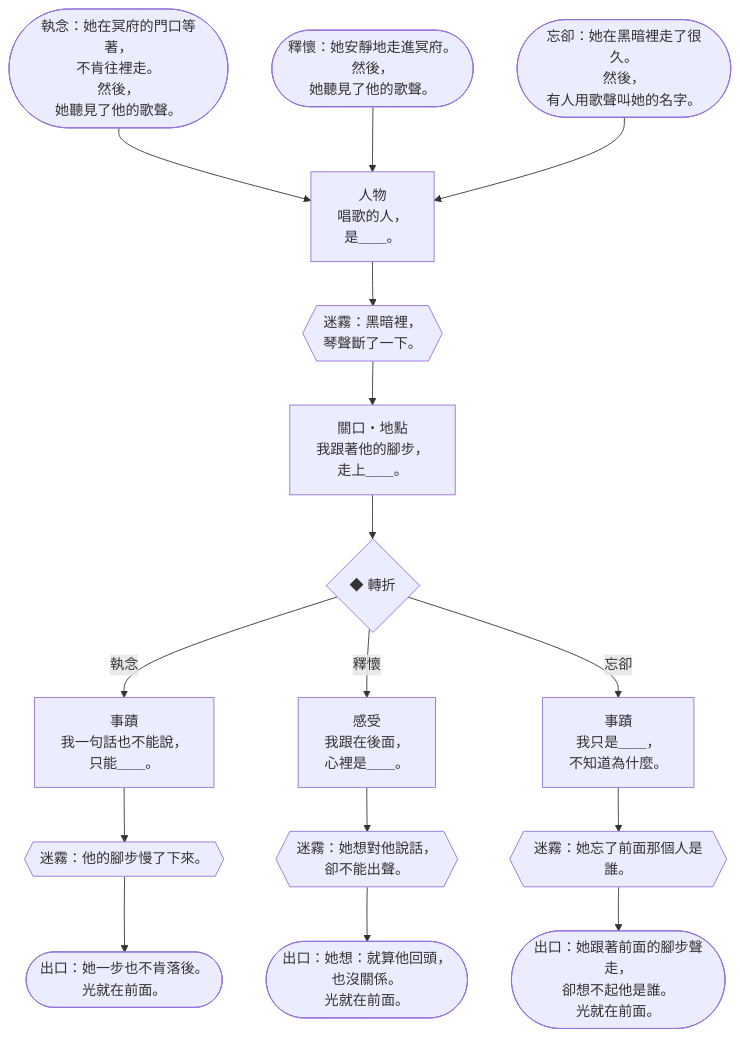
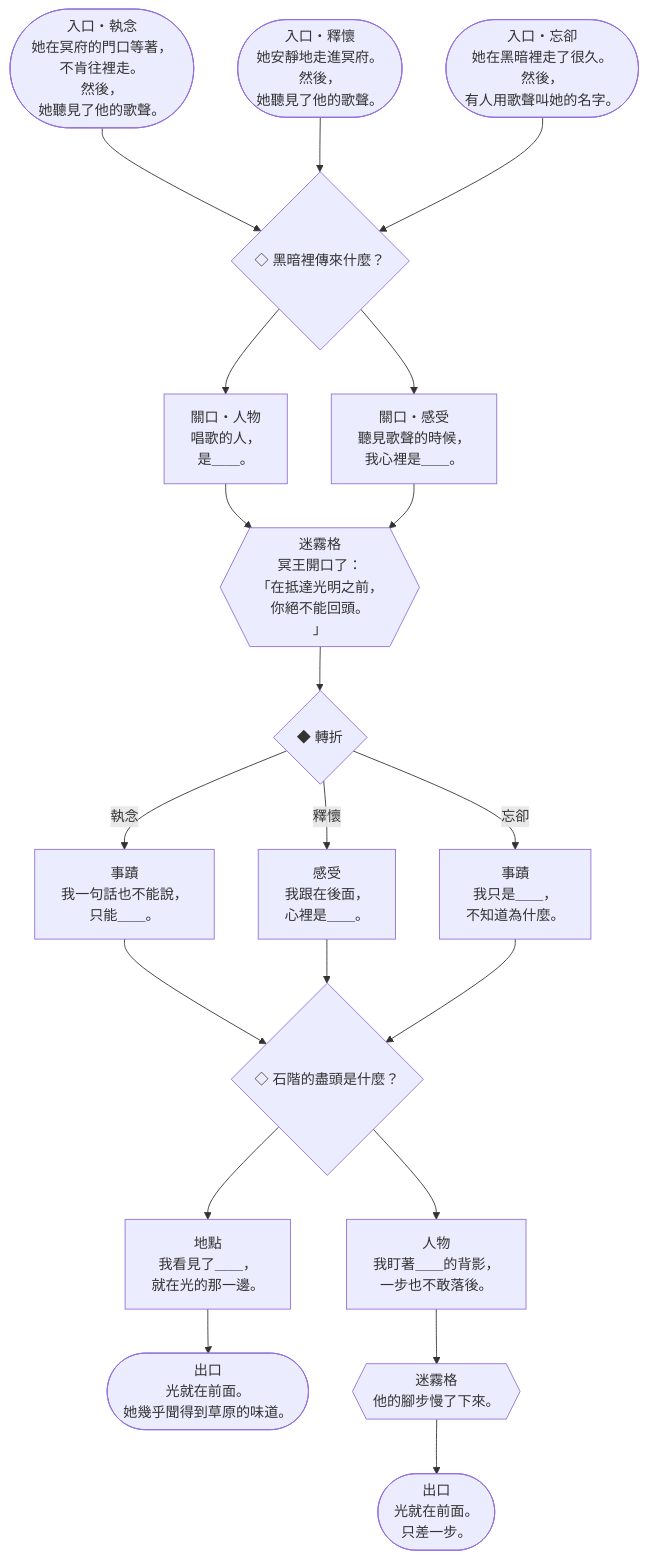
Before and after one commit to Ralph-Liu-Hub/Boardgame-Netherbloom: diagram 11 of 15 in docs/design/V5-storybooks.zh-TW.md, drawn with Mermaid. The commit also changed other lines of this file, not shown here.

````diff
--- a/docs/design/V5-storybooks.zh-TW.md
+++ b/docs/design/V5-storybooks.zh-TW.md
@@ -677,11 +914,36 @@
 ```mermaid
 flowchart TD
-  c1E0(["執念：她在冥府的門口等著，<br>不肯往裡走。<br>然後，<br>她聽見了他的歌聲。"]) --> c1A
-  c1E1(["釋懷：她安靜地走進冥府。<br>然後，<br>她聽見了他的歌聲。"]) --> c1A
-  c1E2(["忘卻：她在黑暗裡走了很久。<br>然後，<br>有人用歌聲叫她的名字。"]) --> c1A
-  c1A["人物<br>唱歌的人，<br>是＿＿。"] --> c1M{{"迷霧：黑暗裡，<br>琴聲斷了一下。"}}
-  c1M --> c1B["關口・地點<br>我跟著他的腳步，<br>走上＿＿。"] --> c1T{"◆ 轉折"}
-  c1T -- 執念 --> c1C0["事蹟<br>我一句話也不能說，<br>只能＿＿。"] --> c1X0{{"迷霧：他的腳步慢了下來。"}} --> c1O0(["出口：她一步也不肯落後。<br>光就在前面。"])
-  c1T -- 釋懷 --> c1C1["感受<br>我跟在後面，<br>心裡是＿＿。"] --> c1X1{{"迷霧：她想對他說話，<br>卻不能出聲。"}} --> c1O1(["出口：她想：就算他回頭，<br>也沒關係。<br>光就在前面。"])
-  c1T -- 忘卻 --> c1C2["事蹟<br>我只是＿＿，<br>不知道為什麼。"] --> c1X2{{"迷霧：她忘了前面那個人是誰。"}} --> c1O2(["出口：她跟著前面的腳步聲走，<br>卻想不起他是誰。<br>光就在前面。"])
+  c1E0(["入口・執念<br>她在冥府的門口等著，<br>不肯往裡走。<br>然後，<br>她聽見了他的歌聲。"]) --> c1p1
+  c1E1(["入口・釋懷<br>她安靜地走進冥府。<br>然後，<br>她聽見了他的歌聲。"]) --> c1p1
+  c1E2(["入口・忘卻<br>她在黑暗裡走了很久。<br>然後，<br>有人用歌聲叫她的名字。"]) --> c1p1
+  c1p1{"◇ 黑暗裡傳來什麼？"}
+  c1p1 --> c1a1
+  c1p1 --> c1a2
+  c1a1["關口・人物<br>唱歌的人，<br>是＿＿。"]
+  c1a1 --> c1x1
+  c1a2["關口・感受<br>聽見歌聲的時候，<br>我心裡是＿＿。"]
+  c1a2 --> c1x1
+  c1x1{{"迷霧格<br>冥王開口了：<br>「在抵達光明之前，<br>你絕不能回頭。<br>」"}}
+  c1x1 --> c1f
+  c1f{"◆ 轉折"}
+  c1f -- 執念 --> c1c1
+  c1f -- 釋懷 --> c1c2
+  c1f -- 忘卻 --> c1c3
+  c1c1["事蹟<br>我一句話也不能說，<br>只能＿＿。"]
+  c1c1 --> c1p2
+  c1c2["感受<br>我跟在後面，<br>心裡是＿＿。"]
+  c1c2 --> c1p2
+  c1c3["事蹟<br>我只是＿＿，<br>不知道為什麼。"]
+  c1c3 --> c1p2
+  c1p2{"◇ 石階的盡頭是什麼？"}
+  c1p2 --> c1d1
+  c1p2 --> c1d2
+  c1d1["地點<br>我看見了＿＿，<br>就在光的那一邊。"]
+  c1d1 --> c1o1
+  c1d2["人物<br>我盯著＿＿的背影，<br>一步也不敢落後。"]
+  c1d2 --> c1x2
+  c1x2{{"迷霧格<br>他的腳步慢了下來。"}}
+  c1x2 --> c1o2
+  c1o1(["出口<br>光就在前面。<br>她幾乎聞得到草原的味道。"])
+  c1o2(["出口<br>光就在前面。<br>只差一步。"])
 ```
````
